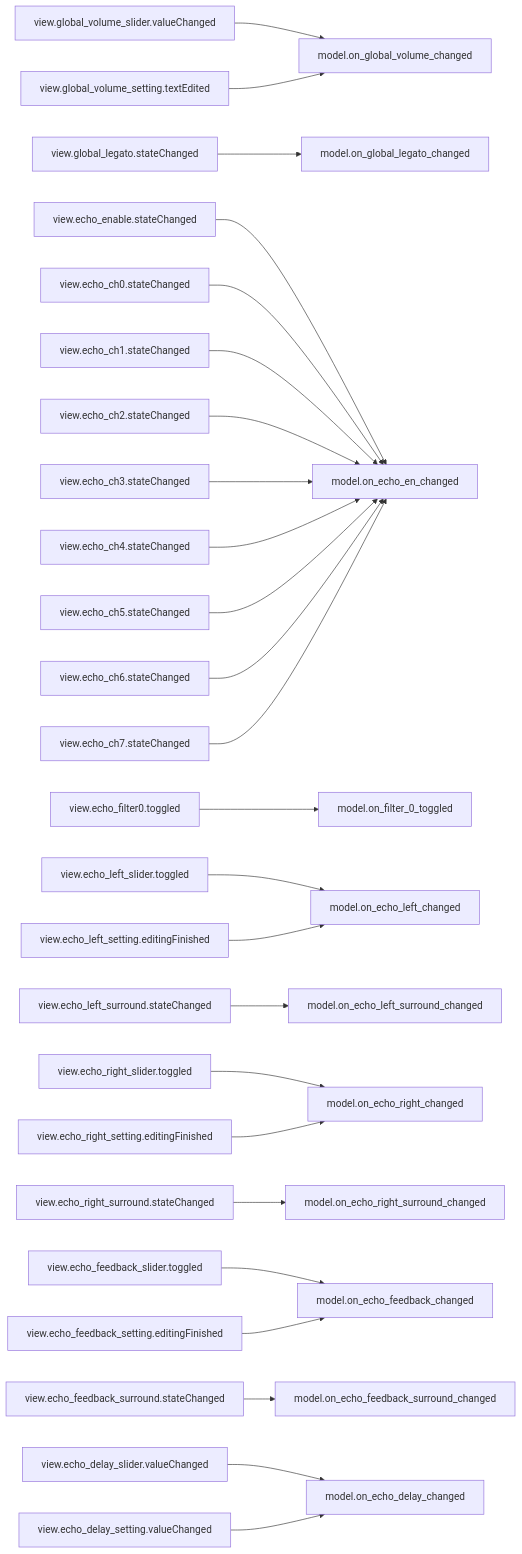
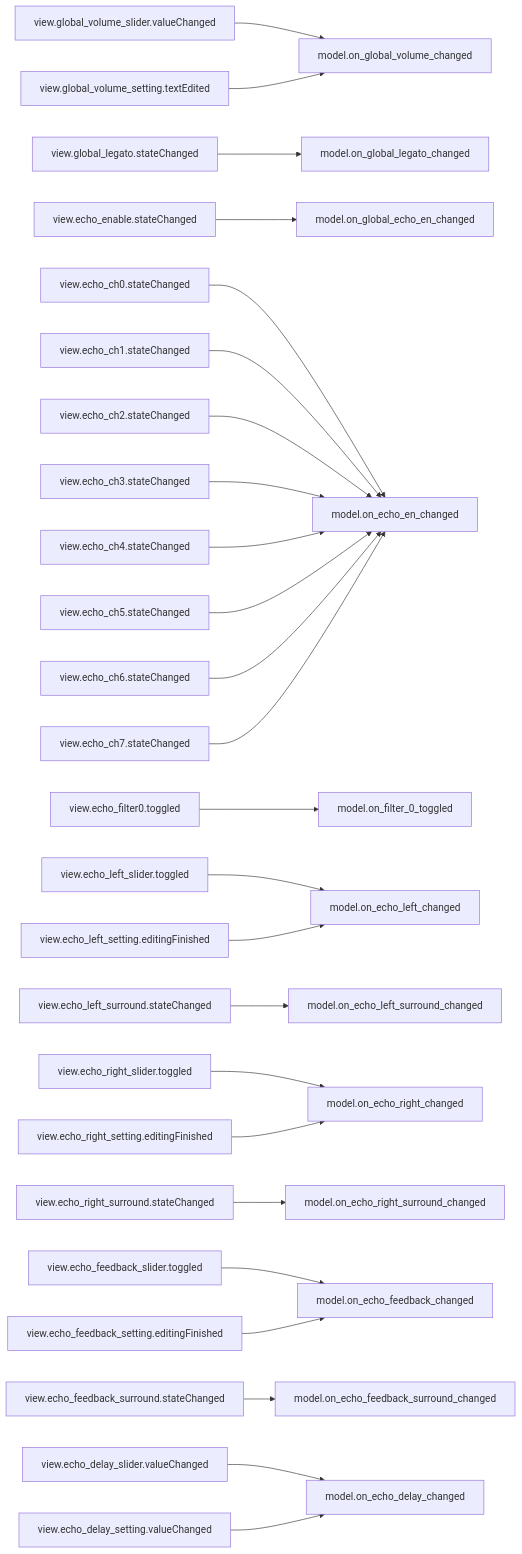
Before and after one commit to com-posers-pit/smw_music: the ninth of 10 diagrams in doc/source/dashboard_signal_slot_map.rst, drawn with Mermaid.

Commit message:
Add missing signal/slot connection documentation
Now playing:
Heartbeat by The Midnight

```diff
--- a/doc/source/dashboard_signal_slot_map.rst
+++ b/doc/source/dashboard_signal_slot_map.rst
@@ -190,27 +190,27 @@
 .. mermaid::
 
    flowchart LR
      view.global_volume_slider.valueChanged --> model.on_global_volume_changed
      view.global_volume_setting.textEdited --> model.on_global_volume_changed
      view.global_legato.stateChanged --> model.on_global_legato_changed
-     view.echo_enable.stateChanged --> model.on_echo_en_changed
+     view.echo_enable.stateChanged --> model.on_global_echo_en_changed
      view.echo_ch0.stateChanged --> model.on_echo_en_changed
      view.echo_ch1.stateChanged --> model.on_echo_en_changed
      view.echo_ch2.stateChanged --> model.on_echo_en_changed
      view.echo_ch3.stateChanged --> model.on_echo_en_changed
      view.echo_ch4.stateChanged --> model.on_echo_en_changed
      view.echo_ch5.stateChanged --> model.on_echo_en_changed
      view.echo_ch6.stateChanged --> model.on_echo_en_changed
      view.echo_ch7.stateChanged --> model.on_echo_en_changed
      view.echo_filter0.toggled --> model.on_filter_0_toggled
      view.echo_left_slider.toggled --> model.on_echo_left_changed
      view.echo_left_setting.editingFinished --> model.on_echo_left_changed
      view.echo_left_surround.stateChanged --> model.on_echo_left_surround_changed
      view.echo_right_slider.toggled --> model.on_echo_right_changed
      view.echo_right_setting.editingFinished --> model.on_echo_right_changed
      view.echo_right_surround.stateChanged --> model.on_echo_right_surround_changed
      view.echo_feedback_slider.toggled --> model.on_echo_feedback_changed
      view.echo_feedback_setting.editingFinished --> model.on_echo_feedback_changed
      view.echo_feedback_surround.stateChanged --> model.on_echo_feedback_surround_changed
      view.echo_delay_slider.valueChanged --> model.on_echo_delay_changed
      view.echo_delay_setting.valueChanged --> model.on_echo_delay_changed
```
